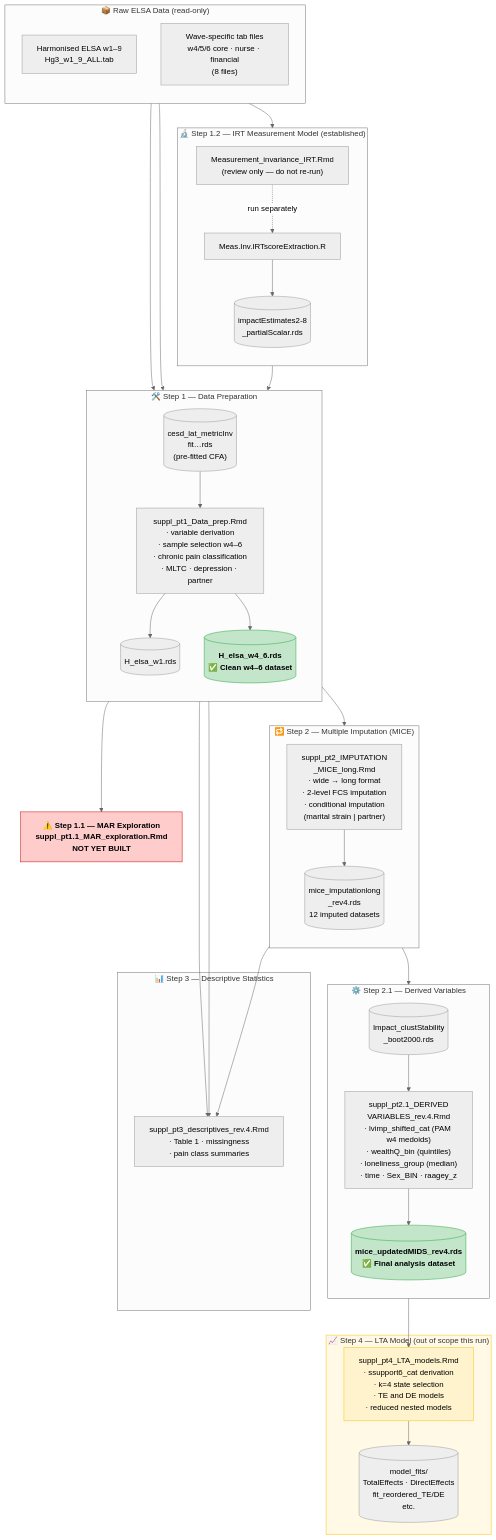
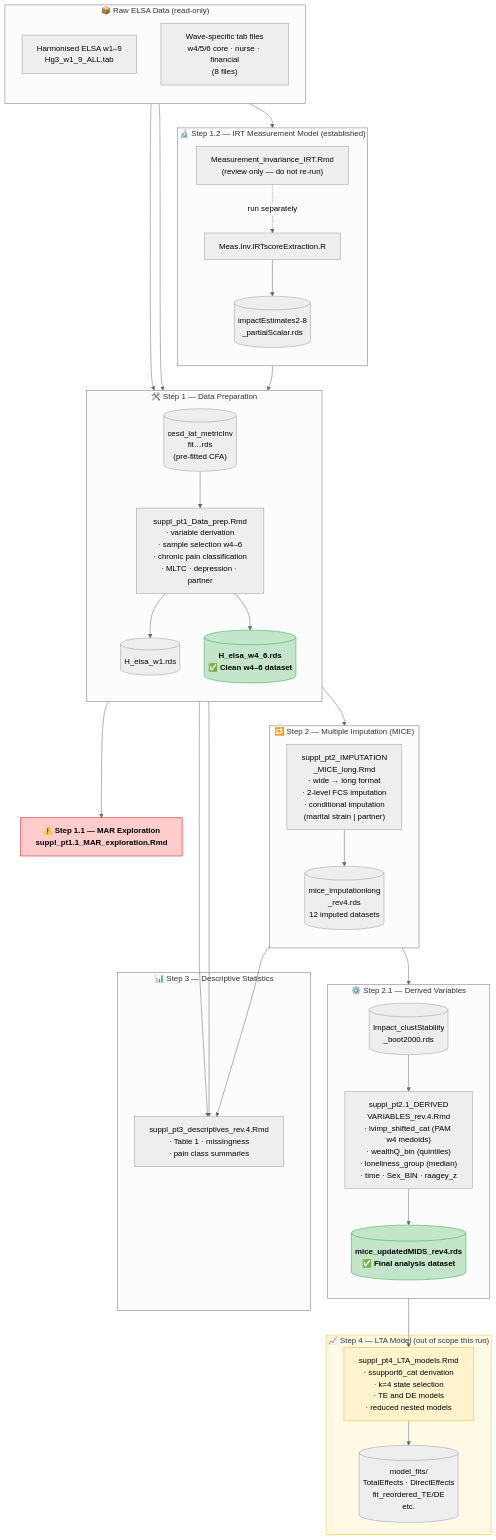
Before and after one commit to UCL/ELSA-partners: the diagram in Data-flow-diagram/data_flow.md, drawn with Mermaid (neutral theme).

Commit message:
new refs

```diff
--- a/Data-flow-diagram/data_flow.md
+++ b/Data-flow-diagram/data_flow.md
@@ -43,9 +43,9 @@
     end
 
     %% ─────────────────────────────────────────────
-    %%  STAGE 1.1 — MAR (MISSING)
+    %%  STAGE 1.1 — Missing At Random 
     %% ─────────────────────────────────────────────
-    MAR["⚠️ Step 1.1 — MAR Exploration\nsuppl_pt1.1_MAR_exploration.Rmd\nNOT YET BUILT"]
+    MAR["⚠️ Step 1.1 — MAR Exploration\nsuppl_pt1.1_MAR_exploration.Rmd"]
 
     %% ─────────────────────────────────────────────
     %%  STAGE 2 — Multiple imputation
```
